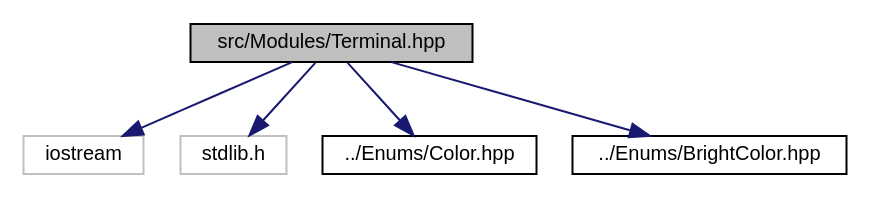
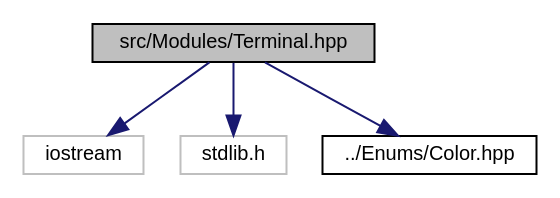
The diagram in doc/Terminal_8hpp__incl.dot (smejkalpetr/lib-ansi), drawn with Graphviz before and after one commit. The commit also changed 117 other files, not shown here.

```diff
--- a/doc/Terminal_8hpp__incl.dot
+++ b/doc/Terminal_8hpp__incl.dot
@@ -1,15 +1,13 @@
 digraph "src/Modules/Terminal.hpp"
 {
  // LATEX_PDF_SIZE
   edge [fontname="Helvetica",fontsize="10",labelfontname="Helvetica",labelfontsize="10"];
   node [fontname="Helvetica",fontsize="10",shape=record];
   Node1 [label="src/Modules/Terminal.hpp",height=0.2,width=0.4,color="black", fillcolor="grey75", style="filled", fontcolor="black",tooltip=" "];
   Node1 -> Node2 [color="midnightblue",fontsize="10",style="solid",fontname="Helvetica"];
   Node2 [label="iostream",height=0.2,width=0.4,color="grey75", fillcolor="white", style="filled",tooltip=" "];
   Node1 -> Node3 [color="midnightblue",fontsize="10",style="solid",fontname="Helvetica"];
   Node3 [label="stdlib.h",height=0.2,width=0.4,color="grey75", fillcolor="white", style="filled",tooltip=" "];
   Node1 -> Node4 [color="midnightblue",fontsize="10",style="solid",fontname="Helvetica"];
   Node4 [label="../Enums/Color.hpp",height=0.2,width=0.4,color="black", fillcolor="white", style="filled",URL="$Color_8hpp.html",tooltip=" "];
-  Node1 -> Node5 [color="midnightblue",fontsize="10",style="solid",fontname="Helvetica"];
-  Node5 [label="../Enums/BrightColor.hpp",height=0.2,width=0.4,color="black", fillcolor="white", style="filled",URL="$BrightColor_8hpp.html",tooltip=" "];
 }
```
